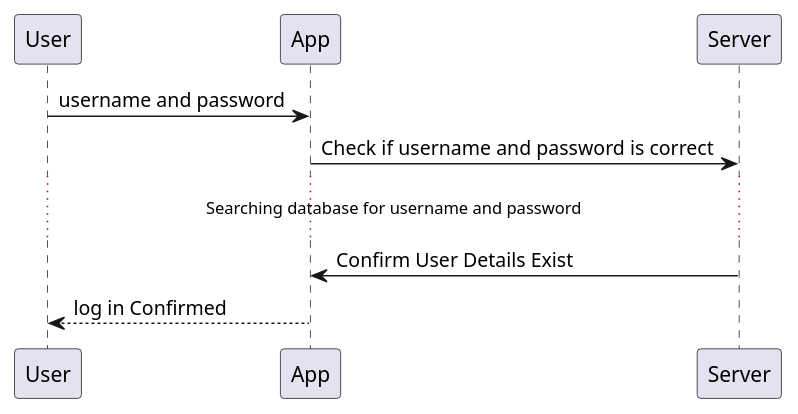
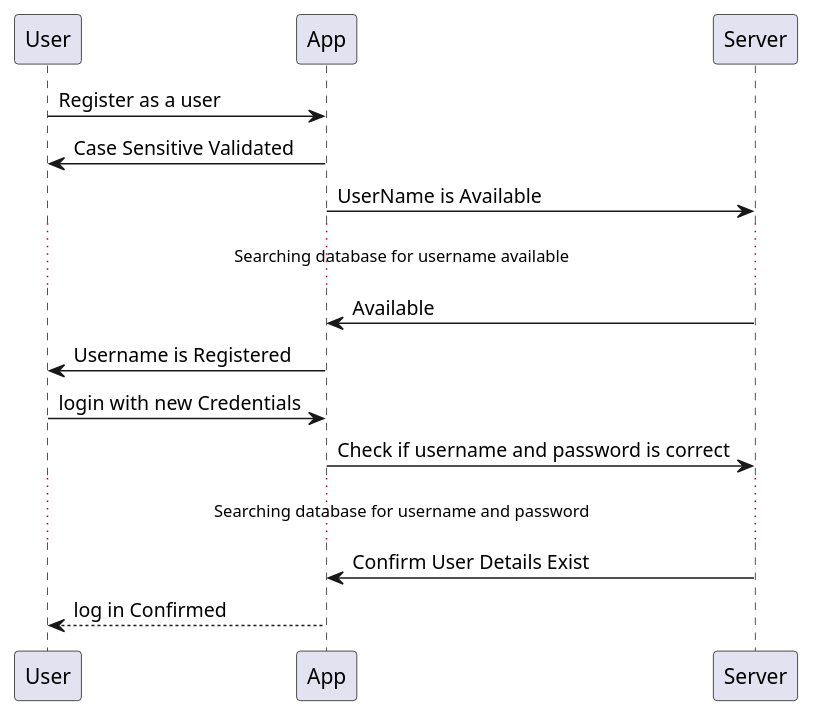
The diagram in architecture/sequence.puml (coyotiv-sose/graduation-project-Dr4gon-Cohort13), drawn with PlantUML before and after one commit.

Commit message:
Preet updates sequence with registration first

```diff
--- a/architecture/sequence.puml
+++ b/architecture/sequence.puml
@@ -1,9 +1,18 @@
 @startuml CancerDetection App
-User -> App: username and password
+User -> App: Register as a user
+App -> User: Case Sensitive Validated
+App -> Server: UserName is Available
+
+... Searching database for username available ...
+
+Server -> App: Available
+App -> User: Username is Registered
+User -> App: login with new Credentials
+
 App -> Server: Check if username and password is correct
 
 ... Searching database for username and password ...
 
 Server -> App: Confirm User Details Exist
 App --> User: log in Confirmed
 @enduml
```
